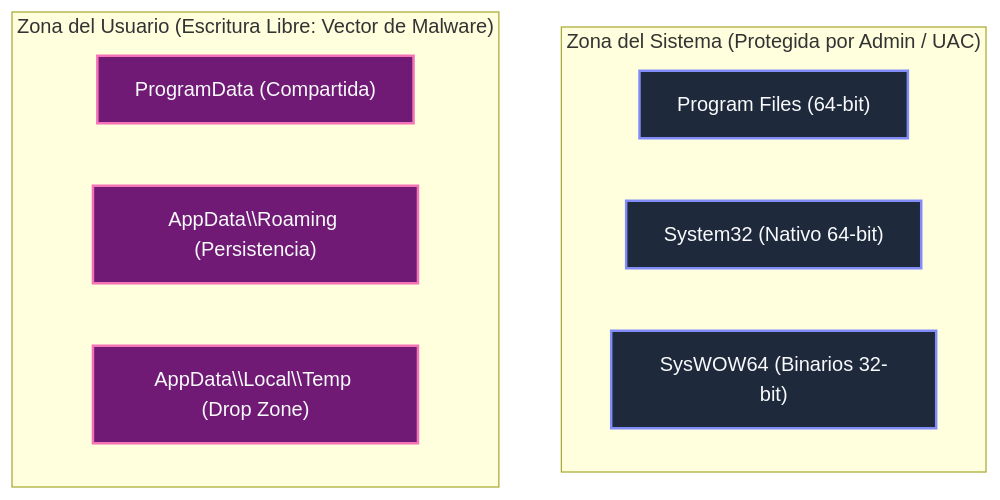
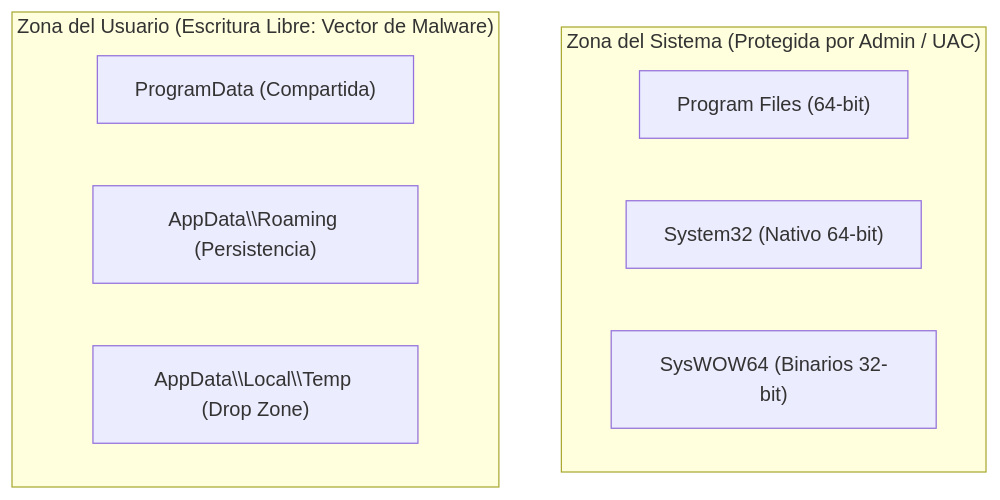
One commit to purpesec/Cybersecurity-For-Beginners changed the fourth of 7 diagrams in malware-analysis/01-arquitectura-windows-directorios-y-permisos/README.md. Above: the diagram before and after it, drawn with Mermaid. The commit also changed other lines of this file and 4 other files, not shown here.

Commit message:
style: remover classDef y colores personalizados para usar estilo nativo estandar de Mermaid

````diff
--- a/malware-analysis/01-arquitectura-windows-directorios-y-permisos/README.md
+++ b/malware-analysis/01-arquitectura-windows-directorios-y-permisos/README.md
@@ -128,19 +119,16 @@
 ```mermaid
 flowchart TD
-    classDef sys fill:#1e293b,stroke:#818cf8,stroke-width:2px,color:#f8fafc;
-    classDef danger fill:#701a75,stroke:#f472b6,stroke-width:2px,color:#f8fafc;
-
     subgraph SYS_ZONE["Zona del Sistema (Protegida por Admin / UAC)"]
         direction LR
-        P64["Program Files (64-bit)"]:::sys
-        S32["System32 (Nativo 64-bit)"]:::sys
-        SW64["SysWOW64 (Binarios 32-bit)"]:::sys
+        P64["Program Files (64-bit)"]
+        S32["System32 (Nativo 64-bit)"]
+        SW64["SysWOW64 (Binarios 32-bit)"]
     end
 
     subgraph USER_ZONE["Zona del Usuario (Escritura Libre: Vector de Malware)"]
         direction LR
-        PDATA["ProgramData (Compartida)"]:::danger
-        APPD["AppData\\Roaming (Persistencia)"]:::danger
-        TEMP["AppData\\Local\\Temp (Drop Zone)"]:::danger
+        PDATA["ProgramData (Compartida)"]
+        APPD["AppData\\Roaming (Persistencia)"]
+        TEMP["AppData\\Local\\Temp (Drop Zone)"]
     end
 ```
````
